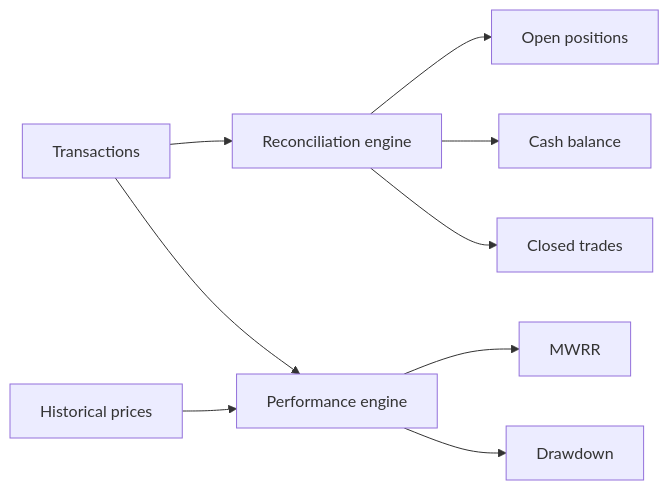
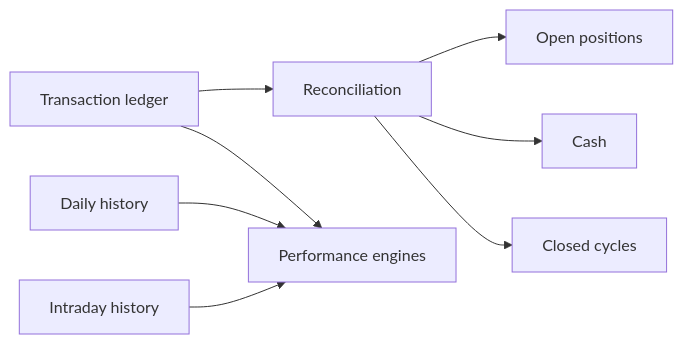
Before and after one commit to sherif007-noob/EGX-Portfolio: the second of 2 diagrams in docs/ARCHITECTURE.md, drawn with Mermaid. The commit also changed other lines of this file and 8 other files, not shown here.

Commit message:
docs: add master stabilization roadmap and current-truth index

````diff
--- a/docs/ARCHITECTURE.md
+++ b/docs/ARCHITECTURE.md
@@ -114,11 +138,10 @@
 ```mermaid
 flowchart LR
-    TX[Transactions] --> REC[Reconciliation engine]
+    TX[Transaction ledger] --> REC[Reconciliation]
     REC --> POS[Open positions]
-    REC --> CASH[Cash balance]
-    REC --> CT[Closed trades]
-    TX --> PERF[Performance engine]
-    PH[Historical prices] --> PERF
-    PERF --> MWRR[MWRR]
-    PERF --> DD[Drawdown]
+    REC --> CASH[Cash]
+    REC --> CLOSED[Closed cycles]
+    TX --> PERF[Performance engines]
+    DAILY[Daily history] --> PERF
+    INTRA[Intraday history] --> PERF
 ```
````
